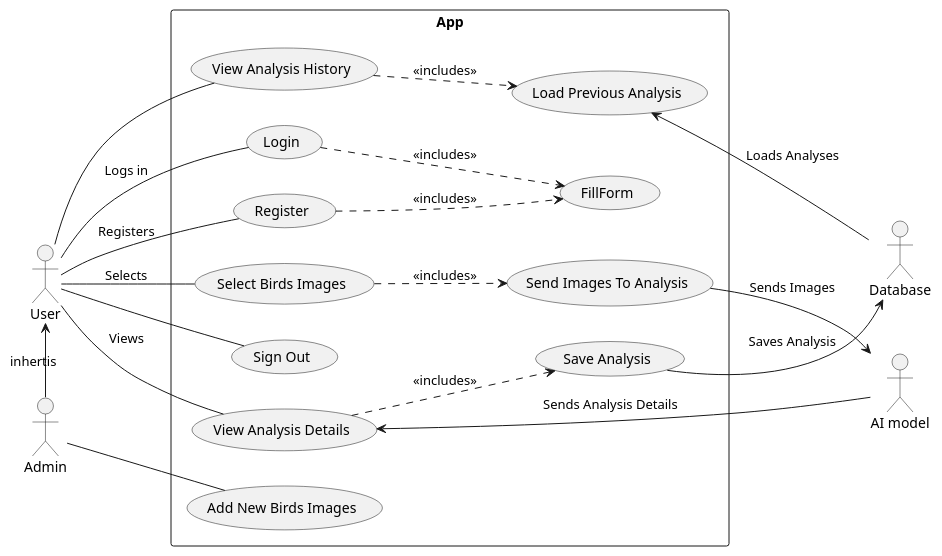
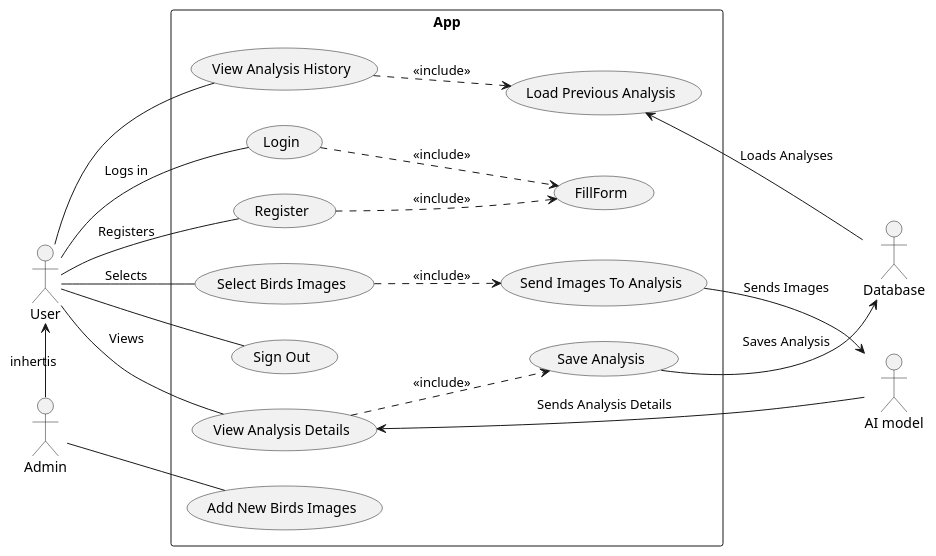
The diagram in UseCase.puml (ikolton/MOproject), drawn with PlantUML before and after one commit. The commit also changed 2 other files, not shown here.

Commit message:
use case and class diagram fix

```diff
--- a/UseCase.puml
+++ b/UseCase.puml
@@ -1,57 +1,57 @@
 @startuml Use Case
 
 left to right direction
 actor User as U
 actor "AI model" as AI
 actor Admin as A
 actor Database as DB
 
 
 rectangle App {
     usecase (Send Images To Analysis) as ST
     usecase (FillForm) as FF
     usecase (Login) as L
     usecase (Register) as R
     usecase (Select Birds Images) as SBI
     usecase (Sign Out) as SO
     usecase (View Analysis Details) as VAD
     usecase (View Analysis History) as VAH
     usecase (Add New Birds Images) as ANBI
     usecase (Load Previous Analysis) as LPA
     usecase (Save Analysis) as SA
 
 
     U -- L : Logs in
     U -- R : Registers
     U -- SBI: Selects
     U -- SO
     U -- VAD: Views
     U -- VAH
 
 
-    L ..> FF : <<includes>>
-    R ..> FF : <<includes>>
+    L ..> FF : <<include>>
+    R ..> FF : <<include>>
 
 
-    SBI ..> ST : <<includes>>
+    SBI ..> ST : <<include>>
 
-    VAH ..> LPA : <<includes>>
+    VAH ..> LPA : <<include>>
 
-    VAD ..> SA : <<includes>>
+    VAD ..> SA : <<include>>
 
 
 }
 
 AI <-up- ST : Sends Images
 AI --> VAD : Sends Analysis Details
 
 'Admin inherits after user
 A -left-> U : inhertis
 
 A -- ANBI
 
 DB -up-> LPA : Loads Analyses
 DB <-left- SA : Saves Analysis
 
 
 @enduml
```
